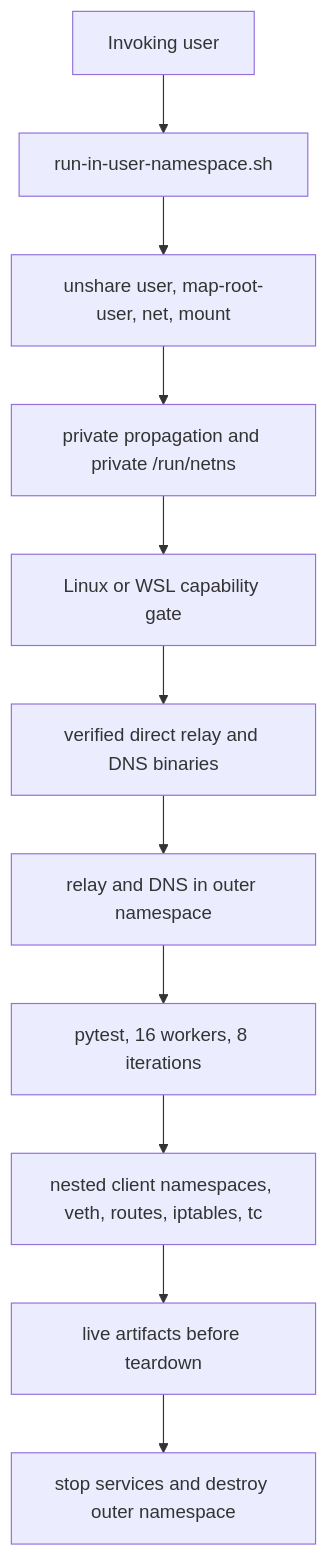
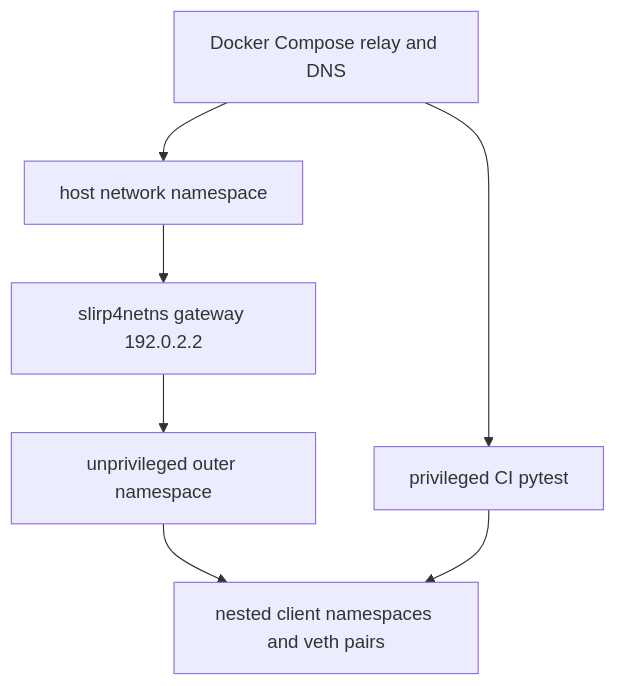
Before and after one commit to chanderlud/telepathy: the diagram in docs/plans/2026-08-06-unprivileged-namespace-system-tests.md, drawn with Mermaid. The commit also changed other lines of this file and 2 other files, not shown here.

````diff
--- a/docs/plans/2026-08-06-unprivileged-namespace-system-tests.md
+++ b/docs/plans/2026-08-06-unprivileged-namespace-system-tests.md
@@ -67,13 +53,9 @@
 ```mermaid
 flowchart TD
-    User[Invoking user] --> Runner[run-in-user-namespace.sh]
-    Runner --> Unshare[unshare user, map-root-user, net, mount]
-    Unshare --> Mounts[private propagation and private /run/netns]
-    Mounts --> Preflight[Linux or WSL capability gate]
-    Preflight --> Cache[verified direct relay and DNS binaries]
-    Cache --> Services[relay and DNS in outer namespace]
-    Services --> Pytest[pytest, 16 workers, 8 iterations]
-    Pytest --> Clients[nested client namespaces, veth, routes, iptables, tc]
-    Clients --> Evidence[live artifacts before teardown]
-    Evidence --> Cleanup[stop services and destroy outer namespace]
+    Compose[Docker Compose relay and DNS] --> Host[host network namespace]
+    Host --> Slirp[slirp4netns gateway 192.0.2.2]
+    Slirp --> Outer[unprivileged outer namespace]
+    Outer --> Nested[nested client namespaces and veth pairs]
+    Compose --> Privileged[privileged CI pytest]
+    Privileged --> Nested
 ```
````
